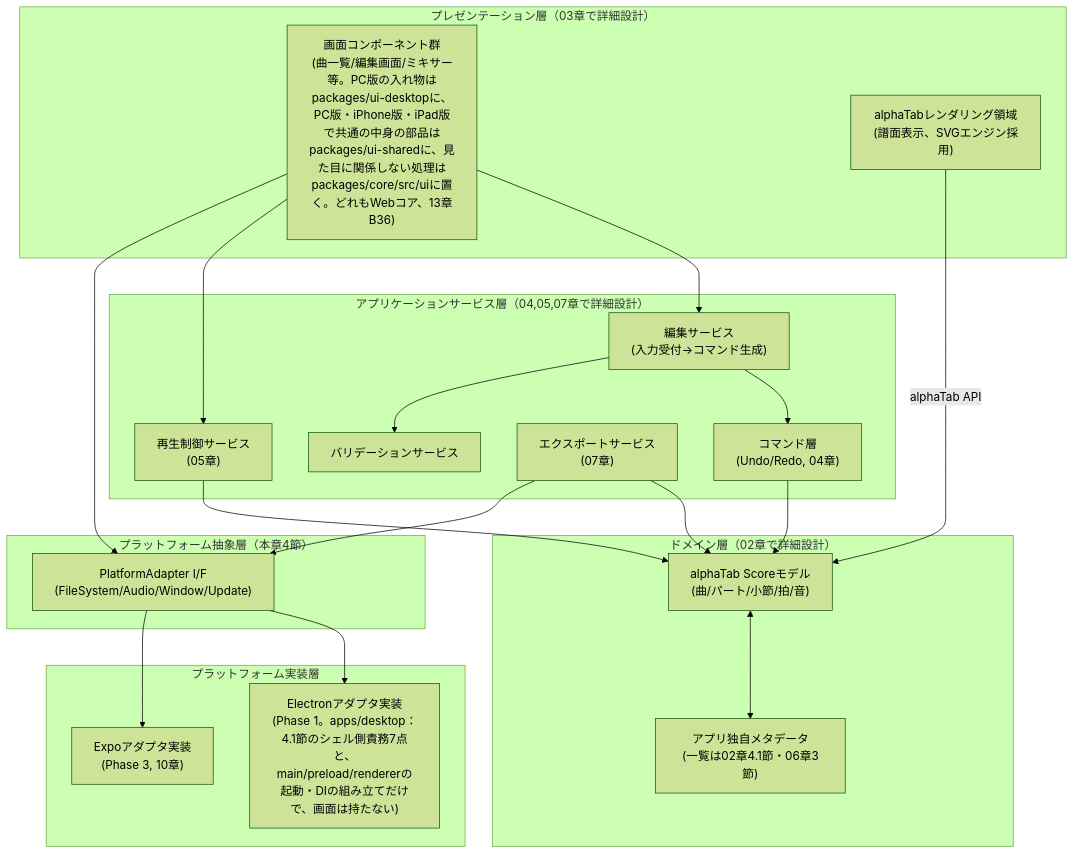
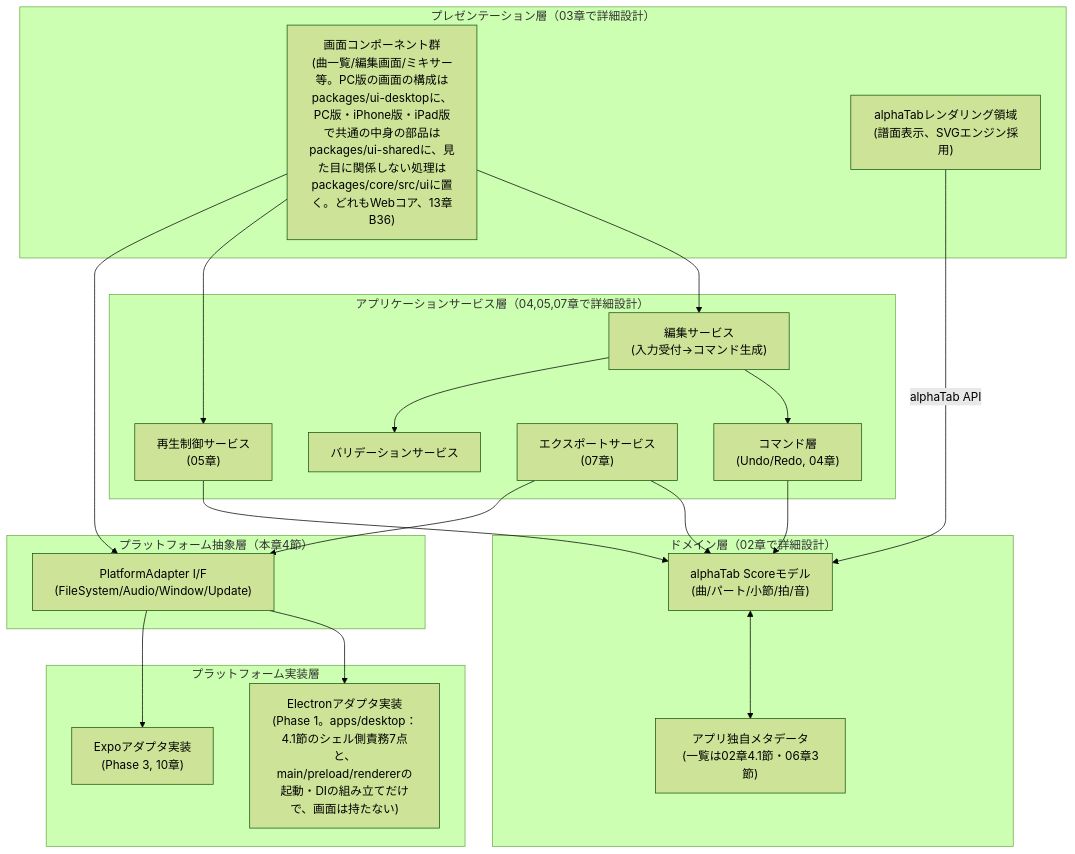
Before and after one commit to ippoooooshi/RiFF-LiNE: the first of 2 diagrams in docs/basic_design/01_architecture.md, drawn with Mermaid (forest theme). The commit also changed other lines of this file and 210 other files, not shown here.

````diff
--- a/docs/basic_design/01_architecture.md
+++ b/docs/basic_design/01_architecture.md
@@ -13,38 +13,38 @@
 ```mermaid
 flowchart TB
     subgraph L1["プレゼンテーション層（03章で詳細設計）"]
-        SCR["画面コンポーネント群\n(曲一覧/編集画面/ミキサー等。PC版の入れ物はpackages/ui-desktopに、PC版・iPhone版・iPad版で共通の中身の部品はpackages/ui-sharedに、見た目に関係しない処理はpackages/core/src/uiに置く。どれもWebコア、13章B36)"]
+        SCR["画面コンポーネント群\n(曲一覧/編集画面/ミキサー等。PC版の画面の構成はpackages/ui-desktopに、PC版・iPhone版・iPad版で共通の中身の部品はpackages/ui-sharedに、見た目に関係しない処理はpackages/core/src/uiに置く。どれもWebコア、13章B36)"]
         REND["alphaTabレンダリング領域\n(譜面表示、SVGエンジン採用)"]
     end
     subgraph L2["アプリケーションサービス層（04,05,07章で詳細設計）"]
         EDITSVC["編集サービス\n(入力受付→コマンド生成)"]
         CMD["コマンド層\n(Undo/Redo, 04章)"]
         PLAYSVC["再生制御サービス\n(05章)"]
         EXPORTSVC["エクスポートサービス\n(07章)"]
         VALID["バリデーションサービス"]
     end
     subgraph L3["ドメイン層（02章で詳細設計）"]
         SCORE["alphaTab Scoreモデル\n(曲/パート/小節/拍/音)"]
         META["アプリ独自メタデータ\n(一覧は02章4.1節・06章3節)"]
     end
     subgraph L4["プラットフォーム抽象層（本章4節）"]
         PADAPT["PlatformAdapter I/F\n(FileSystem/Audio/Window/Update)"]
     end
     subgraph L5["プラットフォーム実装層"]
         ELECTRON["Electronアダプタ実装\n(Phase 1。apps/desktop：4.1節のシェル側責務7点と、main/preload/rendererの起動・DIの組み立てだけで、画面は持たない)"]
         EXPO["Expoアダプタ実装\n(Phase 3, 10章)"]
     end
 
     SCR --> EDITSVC
     SCR --> PLAYSVC
     REND -->|alphaTab API| SCORE
     EDITSVC --> CMD --> SCORE
     EDITSVC --> VALID
     PLAYSVC --> SCORE
     EXPORTSVC --> SCORE
     SCORE <--> META
     SCR --> PADAPT
     EXPORTSVC --> PADAPT
     PADAPT --> ELECTRON
     PADAPT --> EXPO
 ```
````
